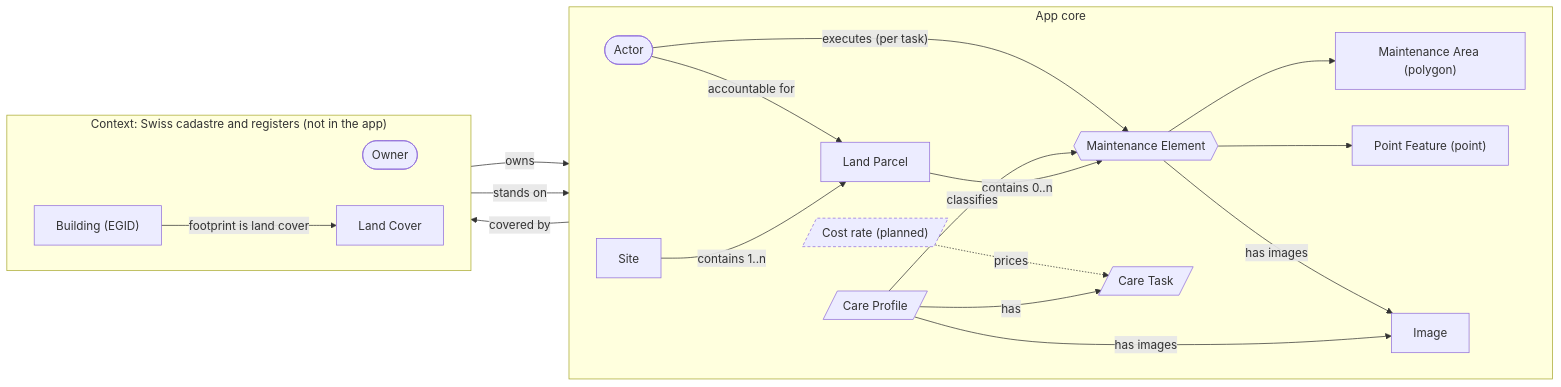
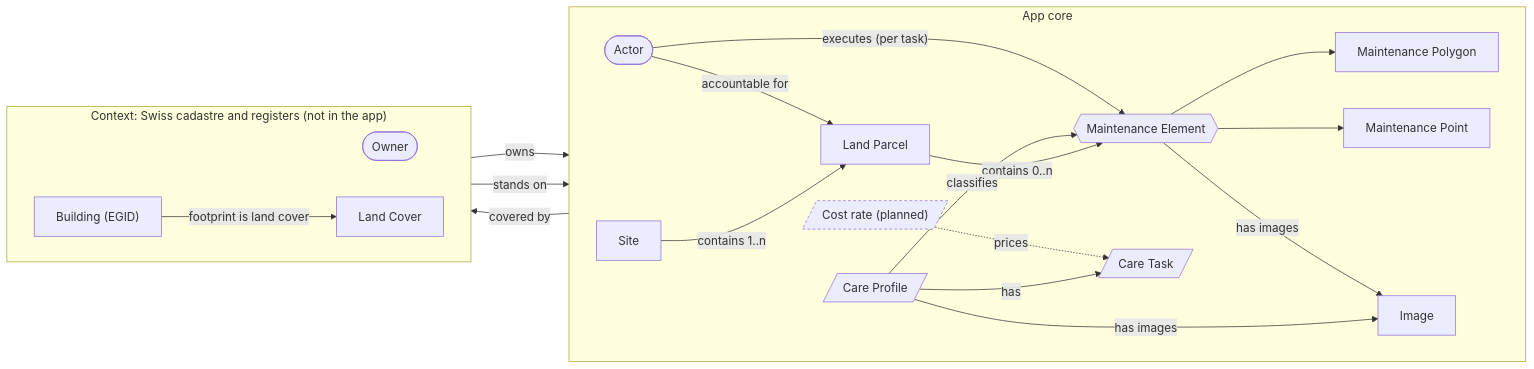
The first of 2 diagrams in prototype-main/docs/DATAMODEL.md (bbl-dres/green-inventory), drawn with Mermaid before and after one commit. The commit also changed other lines of this file and 13 other files, not shown here.

````diff
--- a/prototype-main/docs/DATAMODEL.md
+++ b/prototype-main/docs/DATAMODEL.md
@@ -54,39 +54,39 @@
 ```mermaid
 flowchart LR
     subgraph CORE["App core"]
         direction LR
         Site["Site"]
         Parcel["Land Parcel"]
         ME{{"Maintenance Element"}}
-        Area["Maintenance Area (polygon)"]
-        Point["Point Feature (point)"]
+        Area["Maintenance Polygon"]
+        Point["Maintenance Point"]
         Profile[/"Care Profile"/]
         Task[/"Care Task"/]
         Cost[/"Cost rate (planned)"/]
         Actor(["Actor"])
         Img["Image"]
         Site -->|"contains 1..n"| Parcel
         Parcel -->|"contains 0..n"| ME
         ME --> Area
         ME --> Point
         Profile -->|classifies| ME
         Profile -->|has| Task
         Cost -.->|prices| Task
         Actor -->|"executes (per task)"| ME
         Actor -->|"accountable for"| Parcel
         Profile -->|"has images"| Img
         ME -->|"has images"| Img
     end
     subgraph CTX["Context: Swiss cadastre and registers (not in the app)"]
         direction LR
         Owner(["Owner"])
         Cover["Land Cover"]
         Bldg["Building (EGID)"]
     end
     Owner -->|owns| Parcel
     Parcel -->|"covered by"| Cover
     Bldg -->|"footprint is land cover"| Cover
     Bldg -->|"stands on"| Parcel
     classDef planned stroke-dasharray:4 3;
     class Cost planned;
 ```
````
